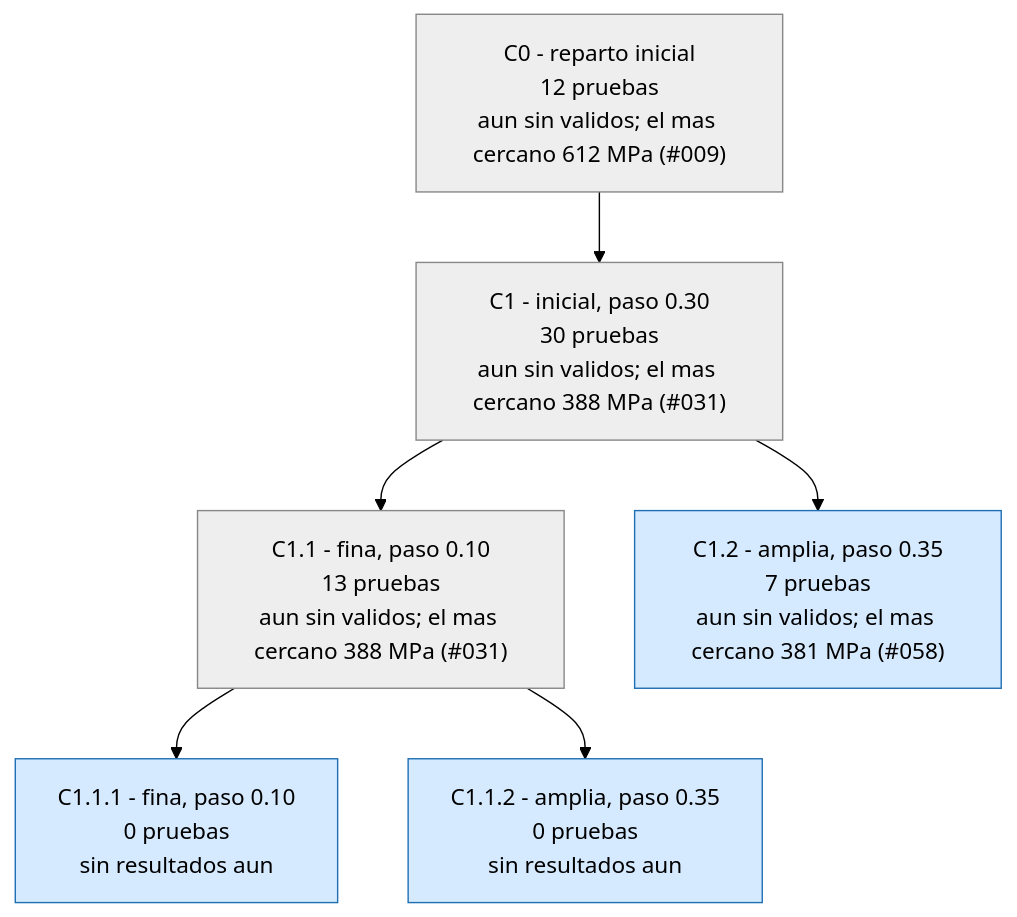
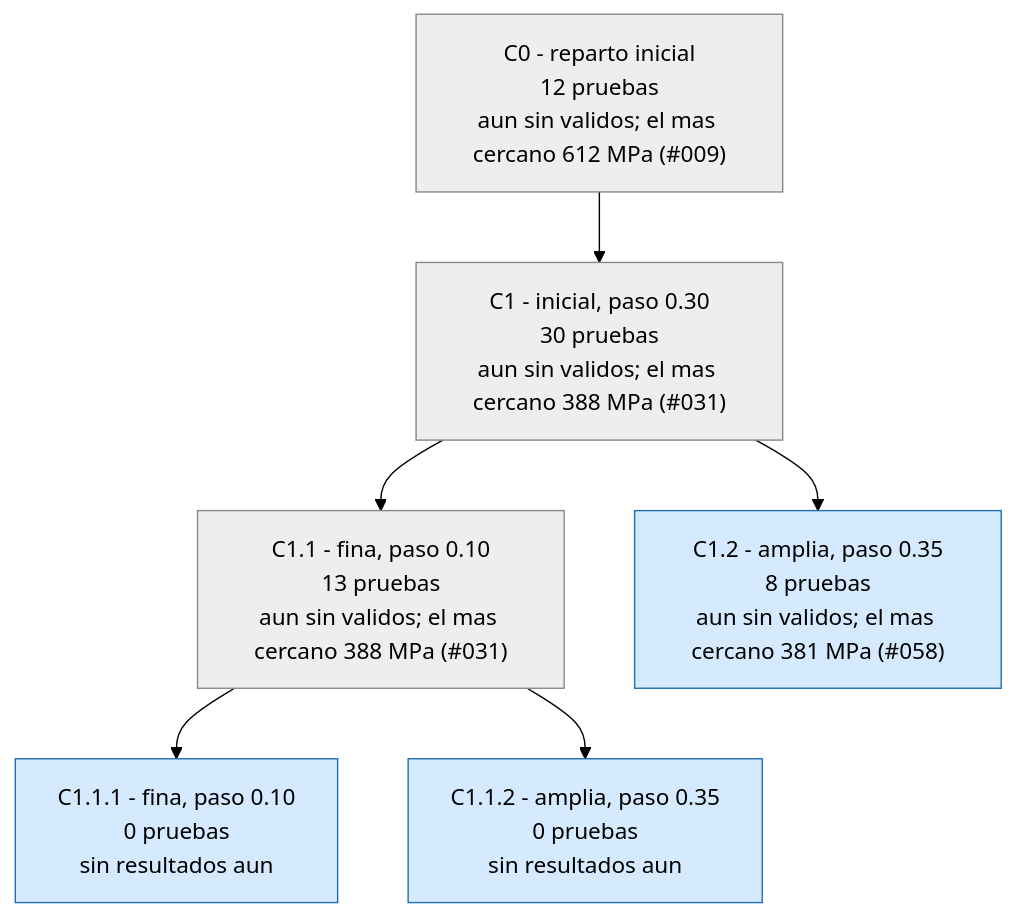
One commit to Hugiko/msd-soporte-optimizacion changed the third of 3 diagrams in runs/opt_37800N/ARBOL.md. Above: the diagram before and after it, drawn with Mermaid (forest theme). The commit also changed 19 other files, not shown here.

````diff
--- a/runs/opt_37800N/ARBOL.md
+++ b/runs/opt_37800N/ARBOL.md
@@ -65,17 +65,17 @@
 ```mermaid
 graph TD
 classDef activa fill:#d6eaff,stroke:#1f6fb5,color:#000
 classDef fin fill:#eeeeee,stroke:#888,color:#000
 classDef mejor fill:#c8f0c0,stroke:#1a9850,stroke-width:4px,color:#000
 C0["C0 - reparto inicial<br/>12 pruebas<br/>aun sin validos; el mas cercano 612 MPa (#009)"]:::fin
 C1["C1 - inicial, paso 0.30<br/>30 pruebas<br/>aun sin validos; el mas cercano 388 MPa (#031)"]:::fin
 C0 --> C1
 C1_1["C1.1 - fina, paso 0.10<br/>13 pruebas<br/>aun sin validos; el mas cercano 388 MPa (#031)"]:::fin
 C1 --> C1_1
-C1_2["C1.2 - amplia, paso 0.35<br/>7 pruebas<br/>aun sin validos; el mas cercano 381 MPa (#058)"]:::activa
+C1_2["C1.2 - amplia, paso 0.35<br/>8 pruebas<br/>aun sin validos; el mas cercano 381 MPa (#058)"]:::activa
 C1 --> C1_2
 C1_1_1["C1.1.1 - fina, paso 0.10<br/>0 pruebas<br/>sin resultados aun"]:::activa
 C1_1 --> C1_1_1
 C1_1_2["C1.1.2 - amplia, paso 0.35<br/>0 pruebas<br/>sin resultados aun"]:::activa
 C1_1 --> C1_1_2
 ```
````
